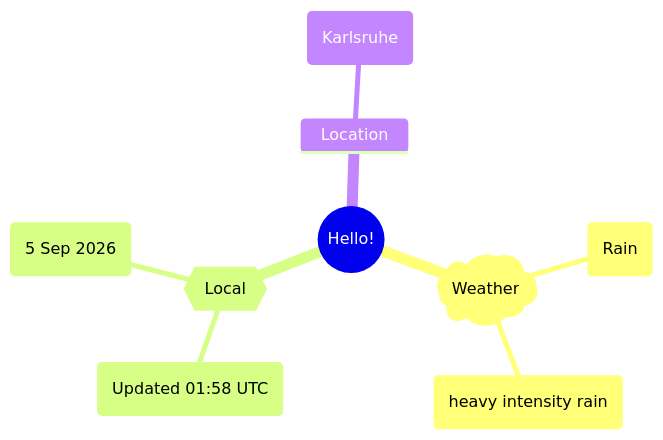
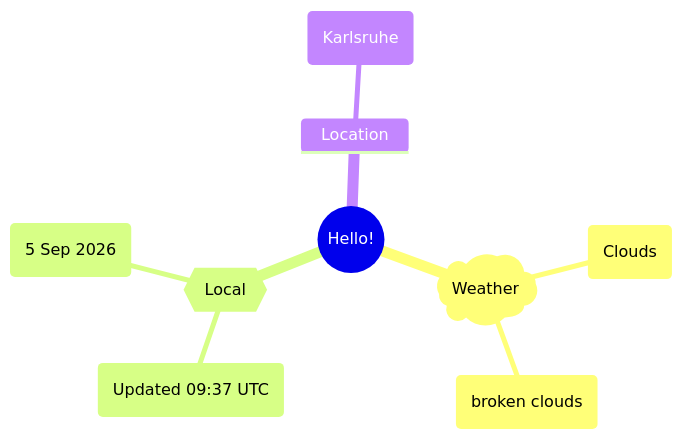
The first of 2 diagrams in README.md (Xosrov/Xosrov), drawn with Mermaid before and after one commit.

Commit message:
[bot] updated images

````diff
--- a/README.md
+++ b/README.md
@@ -3,12 +3,12 @@
 ```mermaid
 mindmap
   root((Hello!))
     )Weather(
-        (Rain)
-        (heavy intensity rain)
+        (Clouds)
+        (broken clouds)
     {{Local}}
-        (Updated 01:58 UTC)
+        (Updated 09:37 UTC)
         (5 Sep 2026)
     Location
         (Karlsruhe)
 ```
````
